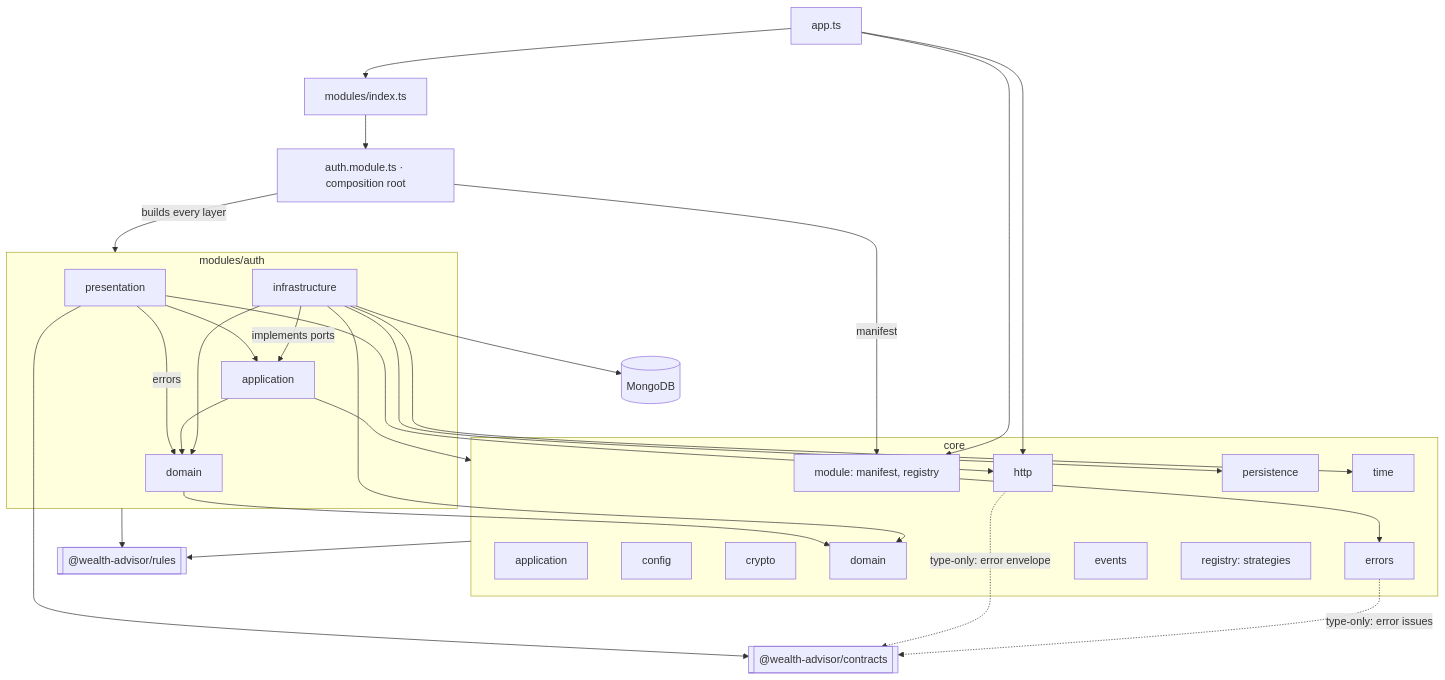
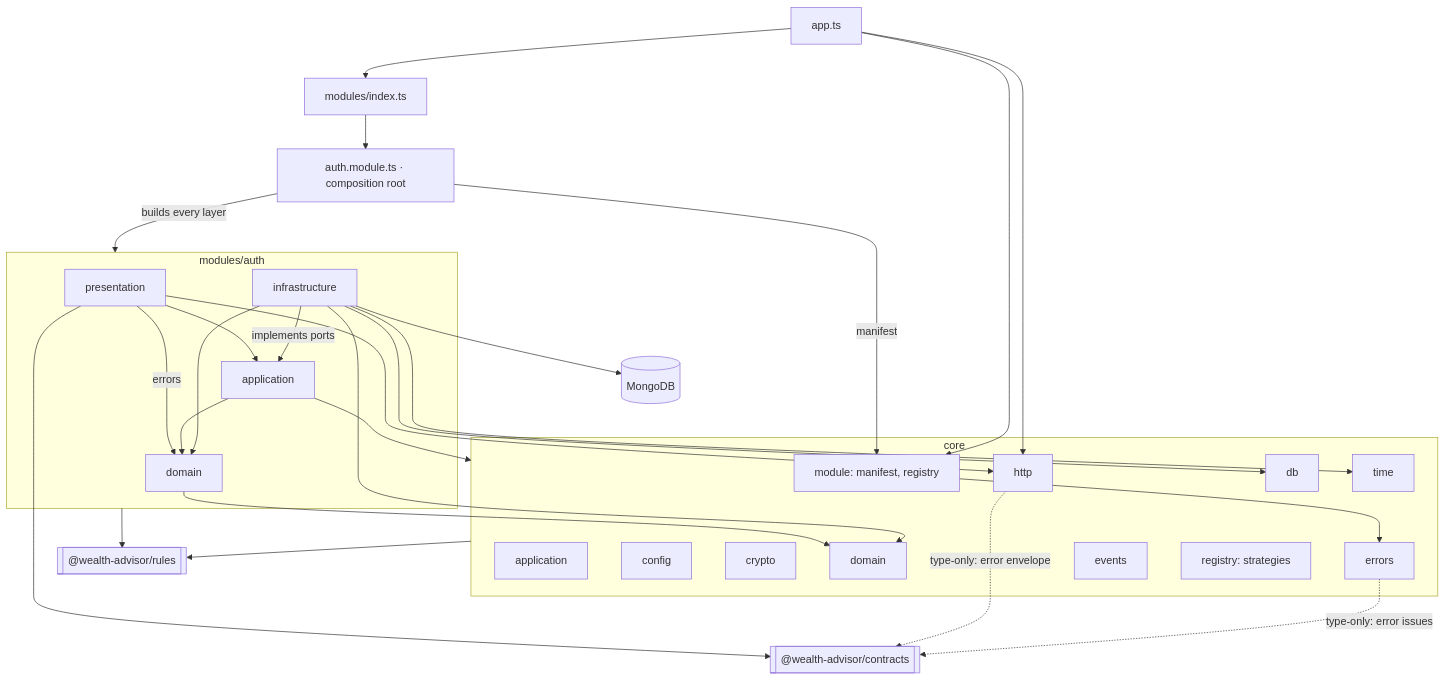
One commit to Nikhil-Mundhra/Wealth-Advisor changed the diagram in docs/architecture/c3-backend.md. Above: the diagram before and after it, drawn with Mermaid. The commit also changed other lines of this file and 8 other files, not shown here.

````diff
--- a/docs/architecture/c3-backend.md
+++ b/docs/architecture/c3-backend.md
@@ -4,42 +4,42 @@
 ```mermaid
 flowchart TB
   app[app.ts] --> modidx[modules/index.ts]
   modidx --> authmod[auth.module.ts · composition root]
   authmod -->|builds every layer| auth
   authmod -->|manifest| module
   app --> module
   app --> http
   subgraph auth[modules/auth]
     pres[presentation] --> appl[application]
     pres -->|errors| dom[domain]
     appl --> dom
     infra[infrastructure] -->|implements ports| appl
     infra --> dom
   end
   subgraph core[core]
     application
     config
     crypto
     domain
     errors
     events
     http
     module[module: manifest, registry]
-    persistence
+    coredb[db]
     registry[registry: strategies]
     time
   end
   pres --> http
   appl --> core
   dom --> domain
-  infra --> persistence
+  infra --> coredb
   infra --> domain
   infra --> time
   module --> errors
   pres --> contracts[["@wealth-advisor/contracts"]]
   http -. "type-only: error envelope" .-> contracts
   errors -. "type-only: error issues" .-> contracts
   auth --> rules[["@wealth-advisor/rules"]]
   core --> rules
   infra --> db[(MongoDB)]
 ```
````
